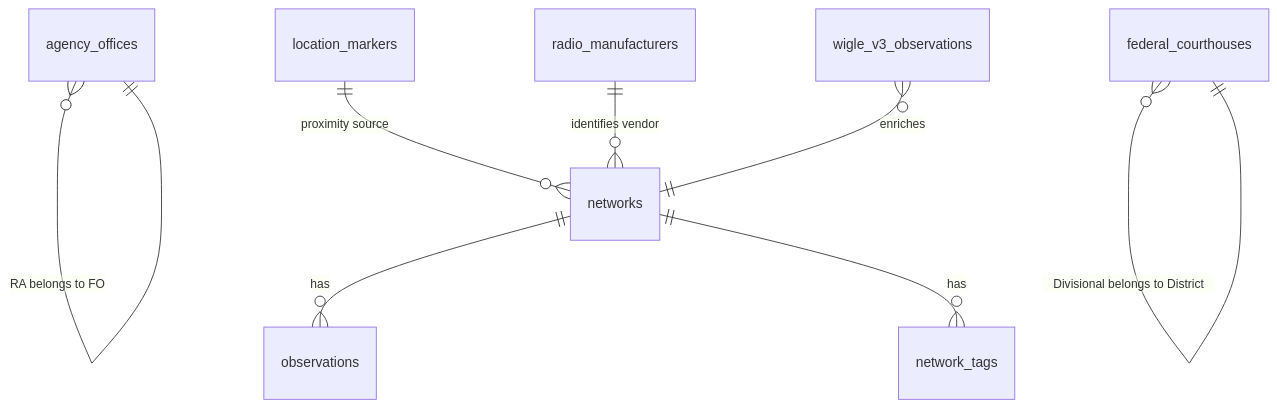
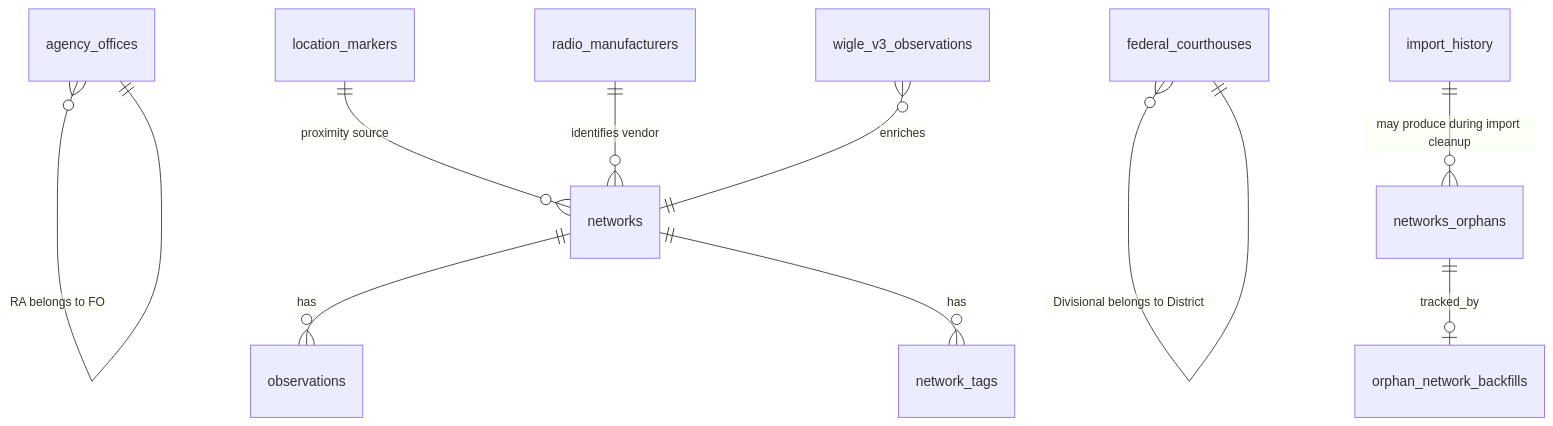
Before and after one commit to cyclonite69/shadowcheck-static: the diagram in docs/ARCHITECTURE.md, drawn with Mermaid. The commit also changed other lines of this file and 15 other files, not shown here.

Commit message:
Align docs and wiki with current schema and workflows

````diff
--- a/docs/ARCHITECTURE.md
+++ b/docs/ARCHITECTURE.md
@@ -401,10 +404,12 @@
 ```mermaid
 erDiagram
     networks ||--o{ observations : has
     networks ||--o{ network_tags : has
+    networks_orphans ||--o| orphan_network_backfills : tracked_by
     agency_offices }o--|| agency_offices : "RA belongs to FO"
     location_markers ||--o{ networks : "proximity source"
     federal_courthouses }o--|| federal_courthouses : "Divisional belongs to District"
     radio_manufacturers ||--o{ networks : "identifies vendor"
     wigle_v3_observations }o--|| networks : enriches
+    import_history ||--o{ networks_orphans : "may produce during import cleanup"
 ```
````
